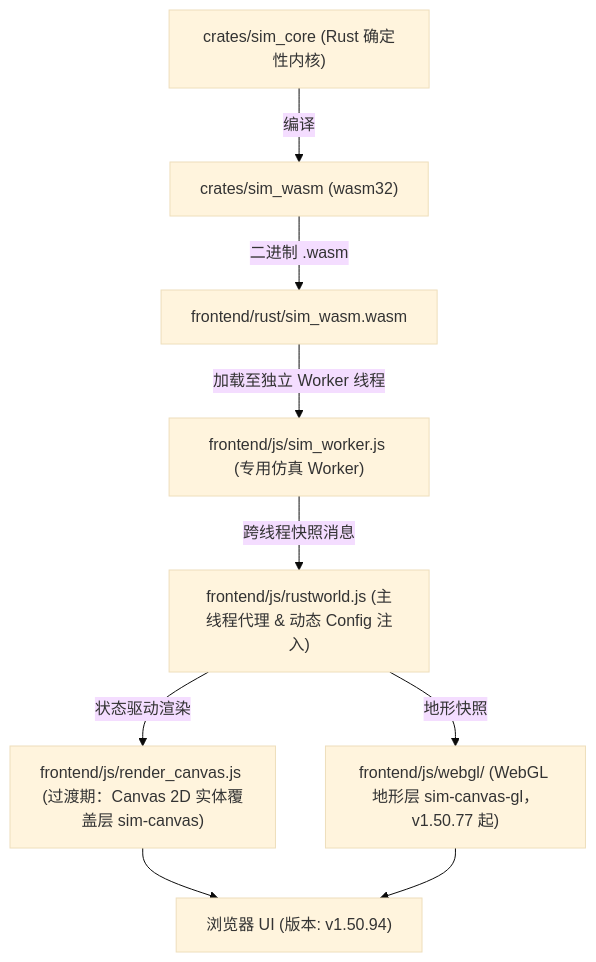
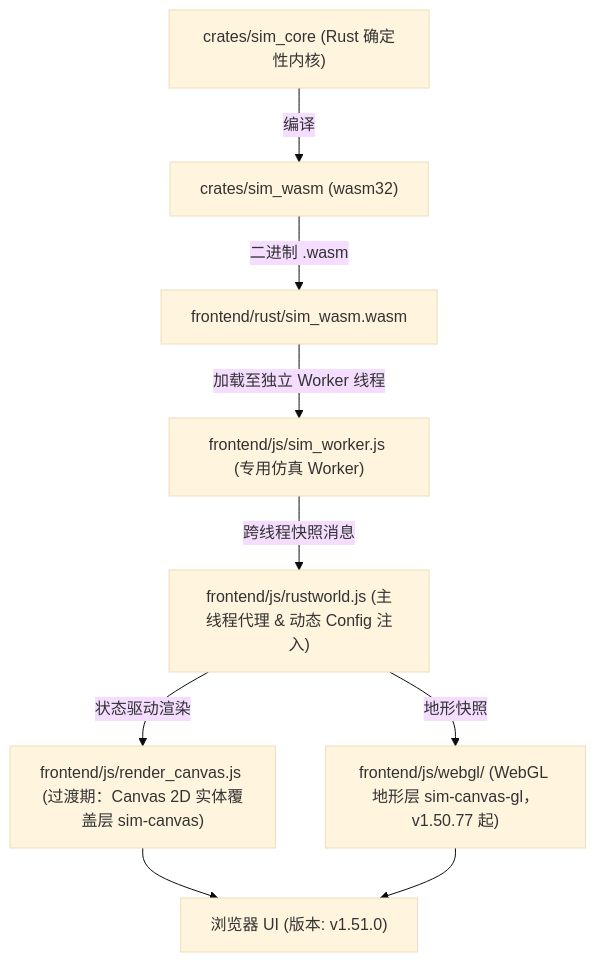
One commit to g39088902/FlowAndAccord changed the diagram in AGENTS.md. Above: the diagram before and after it, drawn with Mermaid (base theme). The commit also changed other lines of this file and 16 other files, not shown here.

````diff
--- a/AGENTS.md
+++ b/AGENTS.md
@@ -62,12 +62,12 @@
 ```mermaid
 graph TD
     A["crates/sim_core (Rust 确定性内核)"] -->|编译| B["crates/sim_wasm (wasm32)"]
     B -->|二进制 .wasm| C["frontend/rust/sim_wasm.wasm"]
     C -->|加载至独立 Worker 线程| D["frontend/js/sim_worker.js (专用仿真 Worker)"]
     D -->|跨线程快照消息| E["frontend/js/rustworld.js (主线程代理 & 动态 Config 注入)"]
     E -->|状态驱动渲染| F["frontend/js/render_canvas.js (过渡期：Canvas 2D 实体覆盖层 sim-canvas)"]
     E -->|地形快照| F2["frontend/js/webgl/ (WebGL 地形层 sim-canvas-gl，v1.50.77 起)"]
-    F --> G["浏览器 UI (版本: v1.50.94)"]
+    F --> G["浏览器 UI (版本: v1.51.0)"]
     F2 --> G
 
 ```
````
